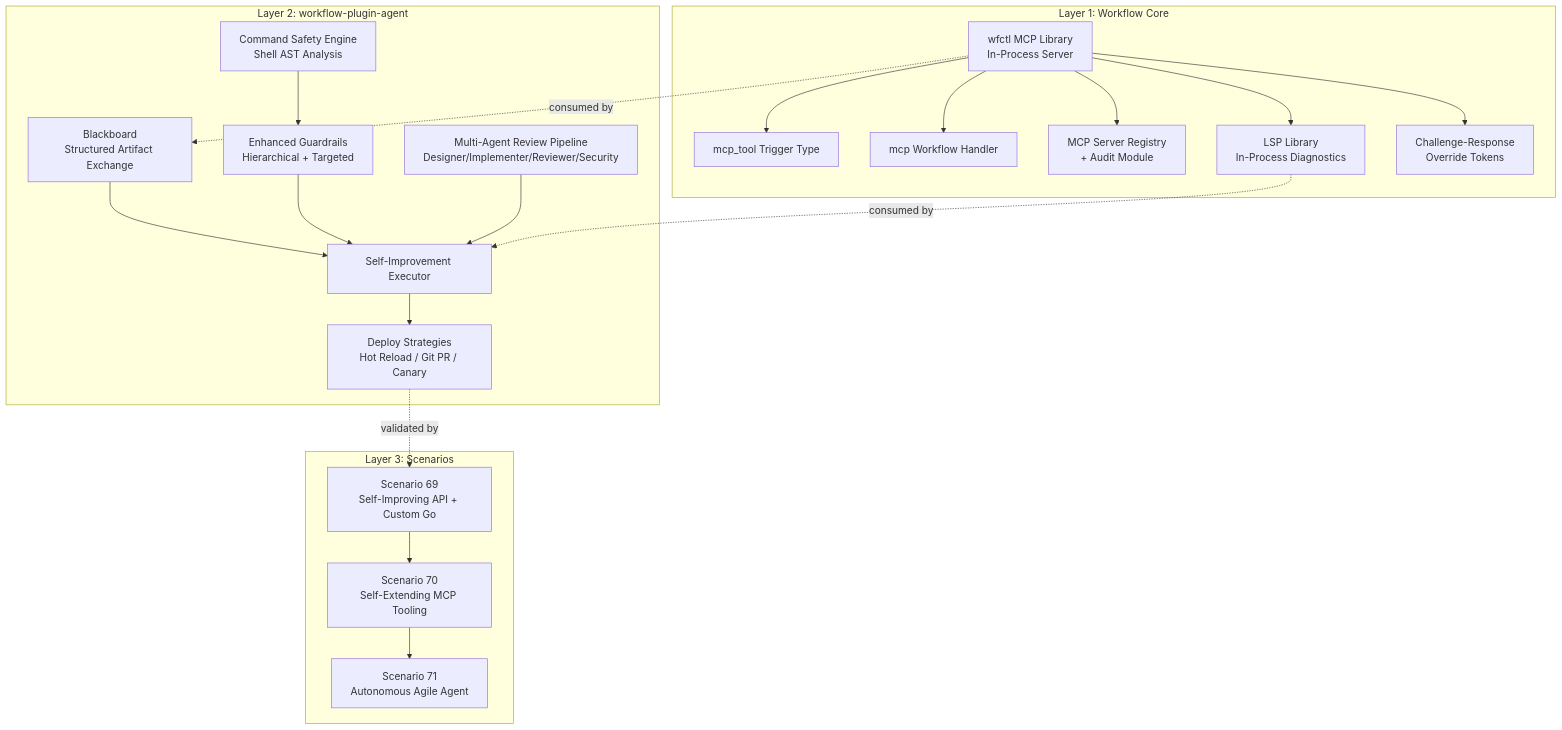
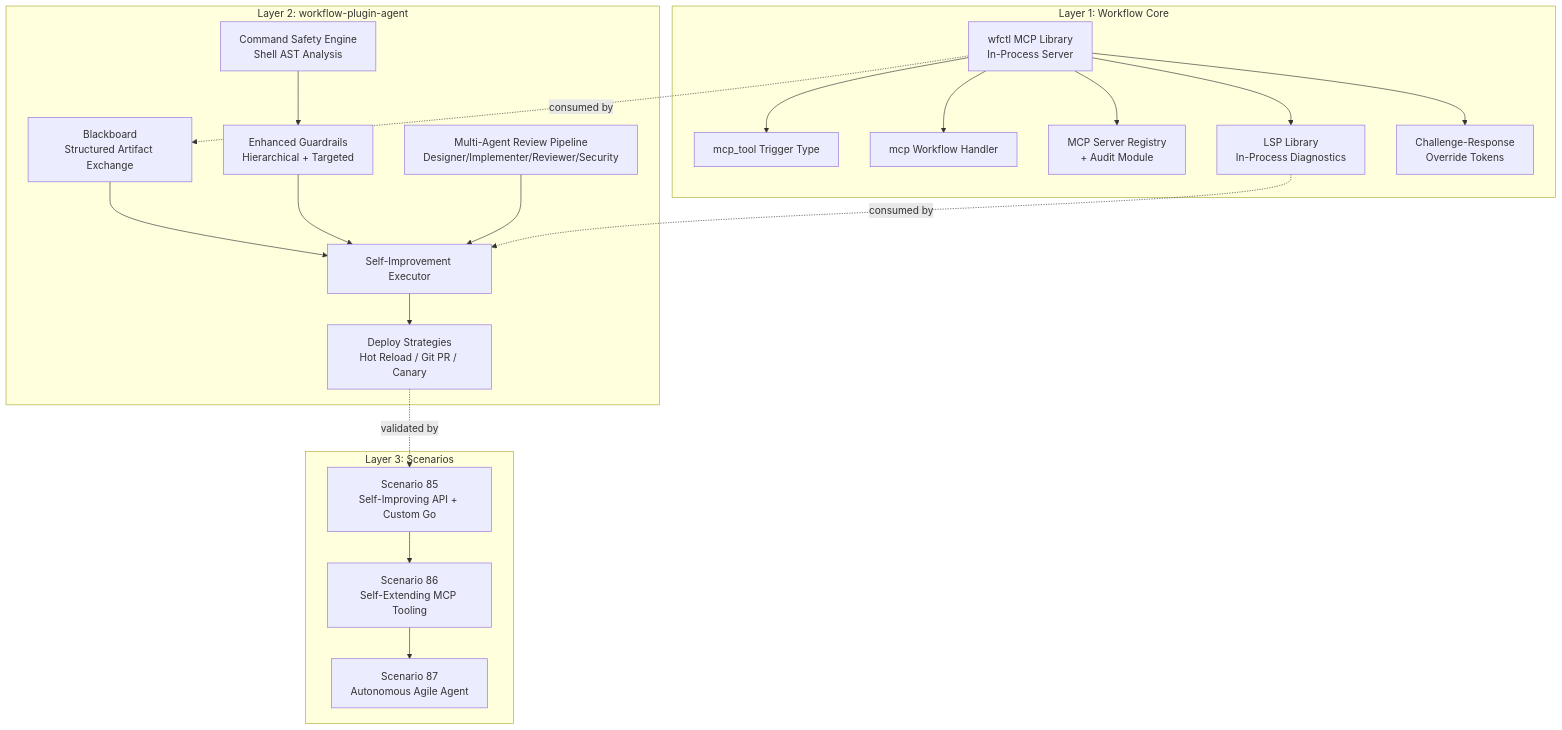
Before and after one commit to GoCodeAlone/workflow: the diagram in docs/plans/2026-04-13-self-improving-agentic-workflow-design.md, drawn with Mermaid. The commit also changed 9 other files, not shown here.

````diff
--- a/docs/plans/2026-04-13-self-improving-agentic-workflow-design.md
+++ b/docs/plans/2026-04-13-self-improving-agentic-workflow-design.md
@@ -21,27 +21,27 @@
 ```mermaid
 graph TB
     subgraph "Layer 1: Workflow Core"
         A[wfctl MCP Library<br/>In-Process Server] --> B[mcp_tool Trigger Type]
         A --> C[mcp Workflow Handler]
         A --> D[MCP Server Registry<br/>+ Audit Module]
         A --> E[LSP Library<br/>In-Process Diagnostics]
         A --> F[Challenge-Response<br/>Override Tokens]
     end
 
     subgraph "Layer 2: workflow-plugin-agent"
         G[Blackboard<br/>Structured Artifact Exchange] --> H[Self-Improvement Executor]
         I[Enhanced Guardrails<br/>Hierarchical + Targeted] --> H
         J[Command Safety Engine<br/>Shell AST Analysis] --> I
         K[Multi-Agent Review Pipeline<br/>Designer/Implementer/Reviewer/Security] --> H
         H --> L[Deploy Strategies<br/>Hot Reload / Git PR / Canary]
     end
 
     subgraph "Layer 3: Scenarios"
-        M[Scenario 69<br/>Self-Improving API + Custom Go] --> N[Scenario 70<br/>Self-Extending MCP Tooling]
-        N --> O[Scenario 71<br/>Autonomous Agile Agent]
+        M[Scenario 85<br/>Self-Improving API + Custom Go] --> N[Scenario 86<br/>Self-Extending MCP Tooling]
+        N --> O[Scenario 87<br/>Autonomous Agile Agent]
     end
 
     A -.->|consumed by| G
     E -.->|consumed by| H
     L -.->|validated by| M
 ```
````
